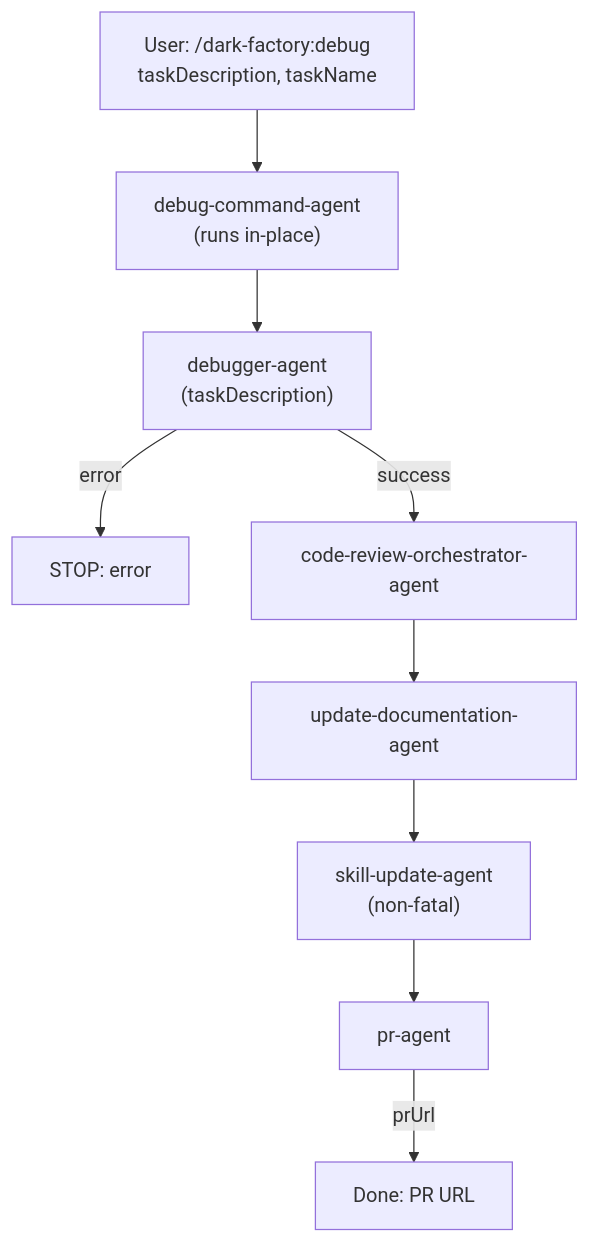
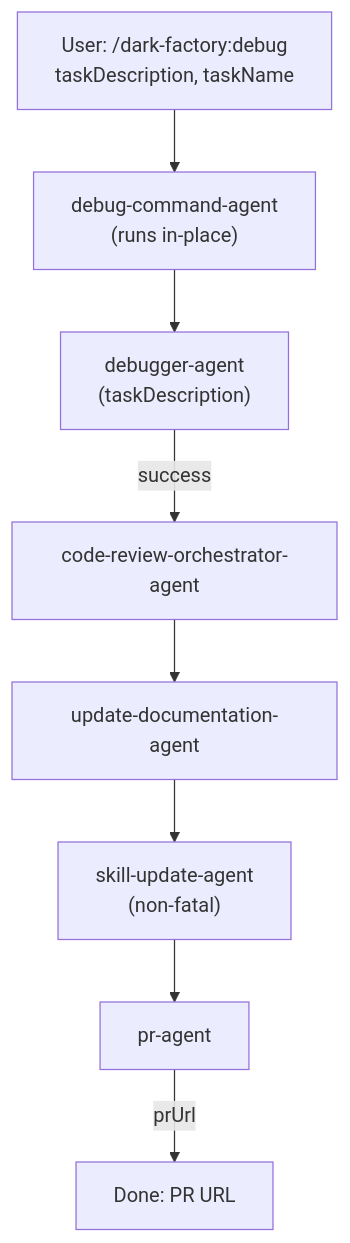
The diagram in docs/docs/debug-command-agent.md (lewibs/dark-factory), drawn with Mermaid before and after one commit. The commit also changed other lines of this file and 11 other files, not shown here.

````diff
--- a/docs/docs/debug-command-agent.md
+++ b/docs/docs/debug-command-agent.md
@@ -13,16 +7,15 @@
 ```mermaid
 flowchart TD
-  User["User: /dark-factory:debug\ntaskDescription, taskName"] --> DCA
+  User["User: /dark-factory:debug<br/>taskDescription, taskName"] --> DCA
 
-  DCA["debug-command-agent\n(runs in-place)"]
+  DCA["debug-command-agent<br/>(runs in-place)"]
 
-  DCA --> DA["debugger-agent\n(taskDescription)"]
+  DCA --> DA["debugger-agent<br/>(taskDescription)"]
 
-  DA -->|"error"| ERR["STOP: error"]
   DA -->|"success"| CRO["code-review-orchestrator-agent"]
 
   CRO --> UDA["update-documentation-agent"]
-  UDA --> SUA["skill-update-agent\n(non-fatal)"]
+  UDA --> SUA["skill-update-agent<br/>(non-fatal)"]
   SUA --> PRA["pr-agent"]
   PRA -->|"prUrl"| Done["Done: PR URL"]
 ```
````
